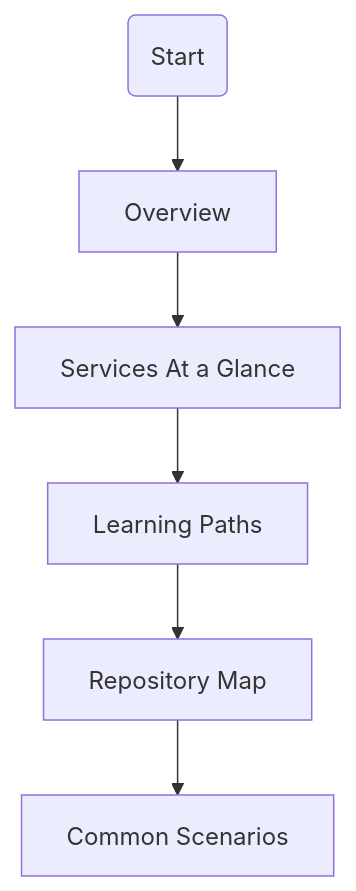
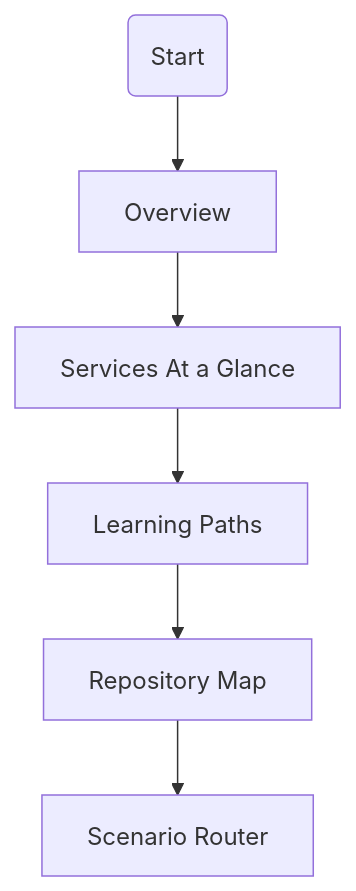
Before and after one commit to yeongseon/azure-storage-practical-guide: the diagram in docs/start-here/index.md, drawn with Mermaid. The commit also changed other lines of this file and 7 other files, not shown here.

First line of the commit message:
docs(scenario-router): add unified scenario-router.md aligning with series-wide start-here shape

````diff
--- a/docs/start-here/index.md
+++ b/docs/start-here/index.md
@@ -27,8 +27,8 @@
 ```mermaid
 graph TD
     Start(Start) --> Overview[Overview]
     Overview --> Comparison[Services At a Glance]
     Comparison --> Path[Learning Paths]
     Path --> Map[Repository Map]
-    Map --> Scenarios[Common Scenarios]
+    Map --> Scenarios[Scenario Router]
 ```
````
